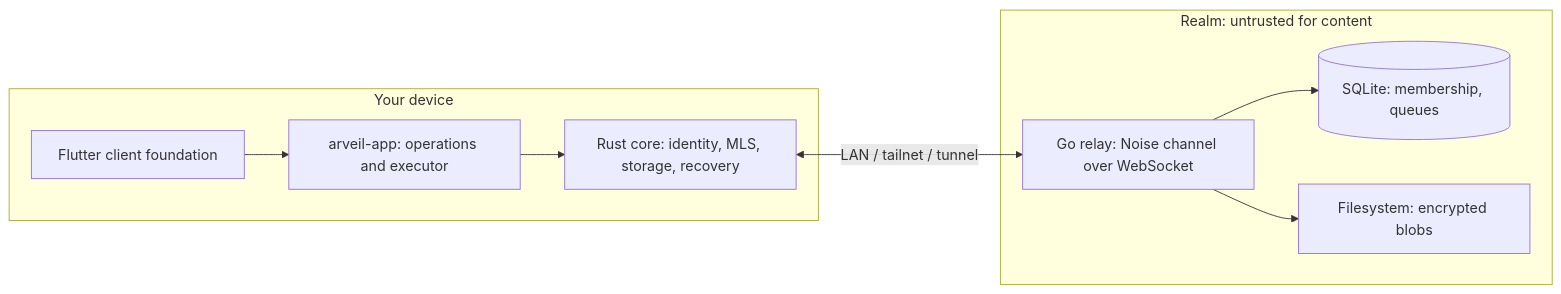
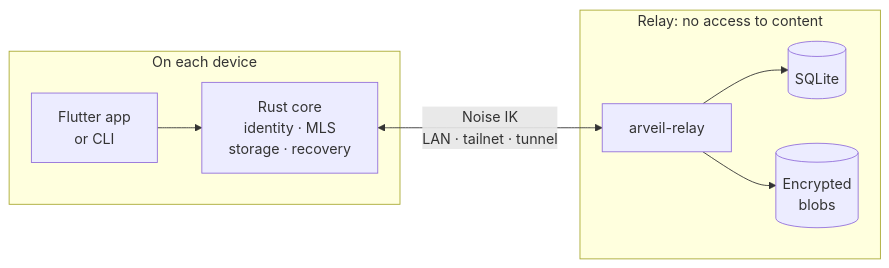
The diagram in README.md (Ulzuhan/arveil), drawn with Mermaid before and after one commit. The commit also changed other lines of this file and 4 other files, not shown here.

````diff
--- a/README.md
+++ b/README.md
@@ -59,13 +134,11 @@
 ```mermaid
 flowchart LR
-  subgraph Device[Your device]
-    UI[Flutter client foundation] --> App[arveil-app: operations and executor]
-    App --> Core[Rust core: identity, MLS, storage, recovery]
+  subgraph Device["On each device"]
+    UI["Flutter app<br/>or CLI"] --> Core["Rust core<br/>identity · MLS<br/>storage · recovery"]
   end
-  subgraph Realm[Realm: untrusted for content]
-    Relay[Go relay: Noise channel over WebSocket]
-    Relay --> DB[(SQLite: membership, queues)]
-    Relay --> FS[Filesystem: encrypted blobs]
+  subgraph Realm["Relay: no access to content"]
+    Relay["arveil-relay"] --> DB[("SQLite")]
+    Relay --> Blobs[("Encrypted<br/>blobs")]
   end
-  Core <-->|LAN / tailnet / tunnel| Relay
+  Core <-->|"Noise IK<br/>LAN · tailnet · tunnel"| Relay
 ```
````
